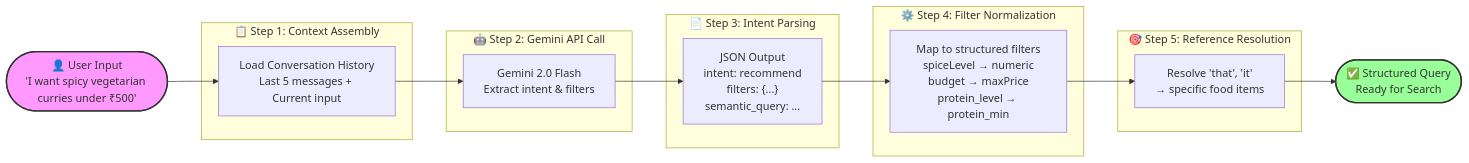
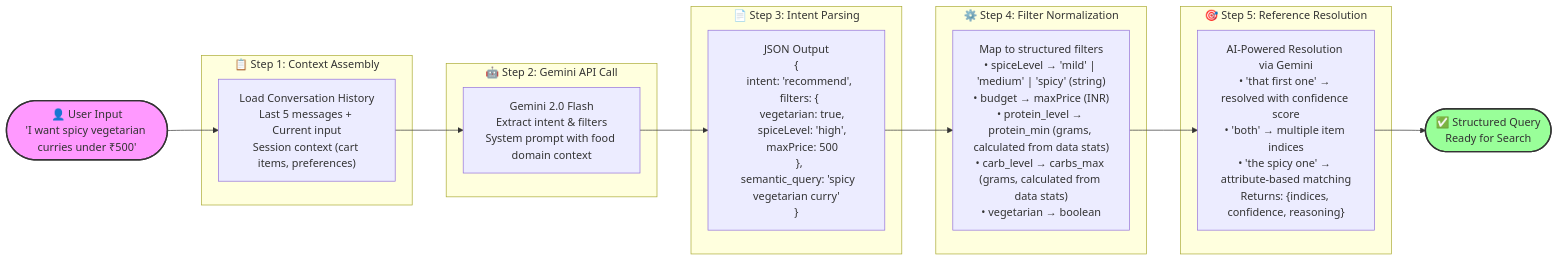
Before and after one commit to aliarslanansari/ai-food-ordering-system: the fourth of 10 diagrams in README.md, drawn with Mermaid. The commit also changed other lines of this file, not shown here.

````diff
--- a/README.md
+++ b/README.md
@@ -171,37 +257,37 @@
 ```mermaid
 flowchart LR
     A(["👤 User Input<br/>'I want spicy vegetarian curries under ₹500'"]) --> B
     
     subgraph Step1["📋 Step 1: Context Assembly"]
-        B["Load Conversation History<br/>Last 5 messages + Current input"]
+        B["Load Conversation History<br/>Last 5 messages + Current input<br/>Session context (cart items, preferences)"]
     end
     
     B --> C
     
     subgraph Step2["🤖 Step 2: Gemini API Call"]
-        C["Gemini 2.0 Flash<br/>Extract intent & filters"]
+        C["Gemini 2.0 Flash<br/>Extract intent & filters<br/>System prompt with food domain context"]
     end
     
     C --> D
     
     subgraph Step3["📄 Step 3: Intent Parsing"]
-        D["JSON Output<br/>intent: recommend<br/>filters: {...}<br/>semantic_query: ..."]
+        D["JSON Output<br/>{<br/>  intent: 'recommend',<br/>  filters: {<br/>    vegetarian: true,<br/>    spiceLevel: 'high',<br/>    maxPrice: 500<br/>  },<br/>  semantic_query: 'spicy vegetarian curry'<br/>}"]
     end
     
     D --> E
     
     subgraph Step4["⚙️ Step 4: Filter Normalization"]
-        E["Map to structured filters<br/>spiceLevel → numeric<br/>budget → maxPrice<br/>protein_level → protein_min"]
+        E["Map to structured filters<br/>• spiceLevel → 'mild' | 'medium' | 'spicy' (string)<br/>• budget → maxPrice (INR)<br/>• protein_level → protein_min (grams, calculated from data stats)<br/>• carb_level → carbs_max (grams, calculated from data stats)<br/>• vegetarian → boolean"]
     end
     
     E --> F
     
     subgraph Step5["🎯 Step 5: Reference Resolution"]
-        F["Resolve 'that', 'it'<br/>→ specific food items"]
+        F["AI-Powered Resolution via Gemini<br/>• 'that first one' → resolved with confidence score<br/>• 'both' → multiple item indices<br/>• 'the spicy one' → attribute-based matching<br/>Returns: {indices, confidence, reasoning}"]
     end
     
     F --> G(["✅ Structured Query<br/>Ready for Search"])
     
     style A fill:#f9f,stroke:#333,stroke-width:2px
     style G fill:#9f9,stroke:#333,stroke-width:2px
 ```
````
